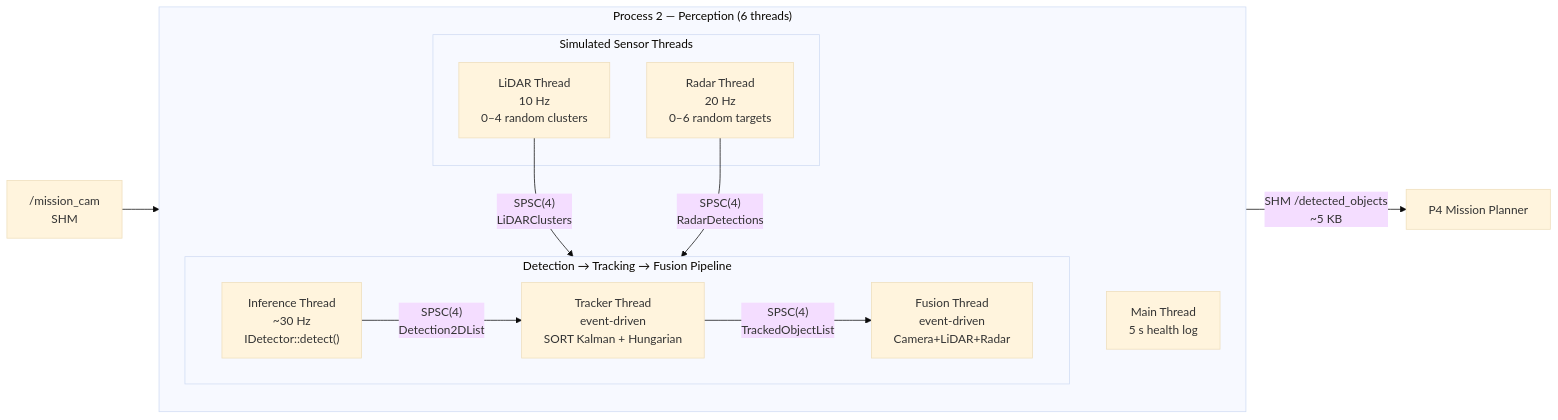
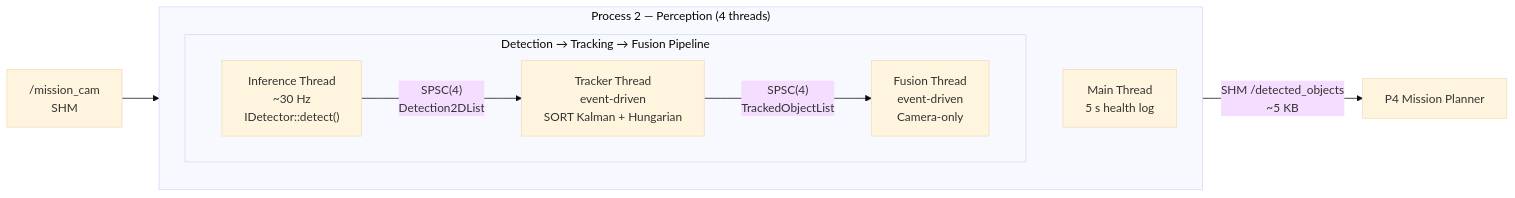
Before and after one commit to nmohamaya/companion_software_stack: the third of 9 diagrams in README.md, drawn with Mermaid (base theme). The commit also changed other lines of this file and 28 other files, not shown here.

````diff
--- a/README.md
+++ b/README.md
@@ -181,27 +177,20 @@
 ```mermaid
 graph LR
-    subgraph P2["Process 2 — Perception (6 threads)"]
+    subgraph P2["Process 2 — Perception (4 threads)"]
         direction TB
         Main["Main Thread<br/>5 s health log"]
 
         subgraph Pipeline["Detection → Tracking → Fusion Pipeline"]
             direction LR
             Infer["Inference Thread<br/>~30 Hz<br/>IDetector::detect()"]
             Track["Tracker Thread<br/>event-driven<br/>SORT Kalman + Hungarian"]
-            Fuse["Fusion Thread<br/>event-driven<br/>Camera+LiDAR+Radar"]
-        end
-
-        subgraph SimSensors["Simulated Sensor Threads"]
-            LiDAR["LiDAR Thread<br/>10 Hz<br/>0–4 random clusters"]
-            Radar["Radar Thread<br/>20 Hz<br/>0–6 random targets"]
+            Fuse["Fusion Thread<br/>event-driven<br/>Camera-only"]
         end
 
         Infer -->|"SPSC(4)<br/>Detection2DList"| Track
         Track -->|"SPSC(4)<br/>TrackedObjectList"| Fuse
-        LiDAR -->|"SPSC(4)<br/>LiDARClusters"| Fuse
-        Radar -->|"SPSC(4)<br/>RadarDetections"| Fuse
     end
 
     SHM_in["/mission_cam<br/>SHM"] --> Infer
     Fuse -->|"SHM /detected_objects<br/>~5 KB"| P4["P4 Mission Planner"]
 ```
````
